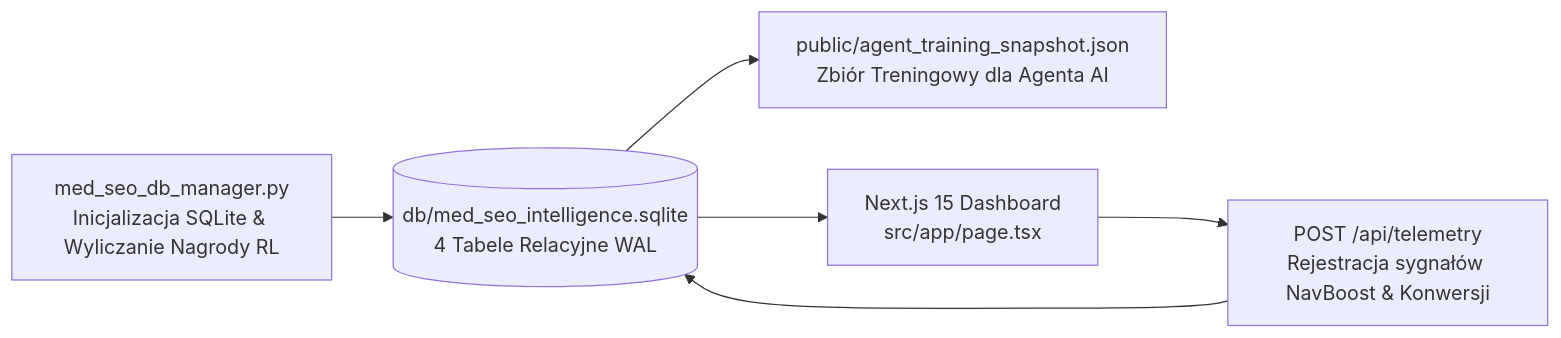
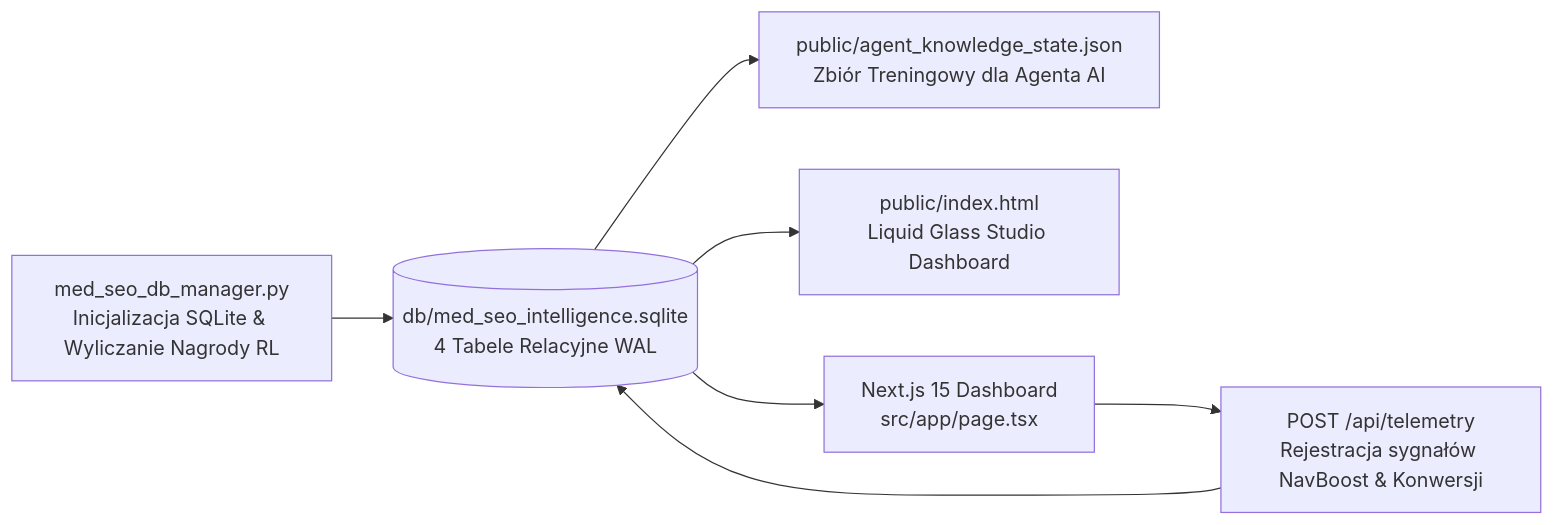
The diagram in README.md (teraj-stack/med_seo_nextjs_data_engine), drawn with Mermaid before and after one commit. The commit also changed other lines of this file, not shown here.

Commit message:
docs(readme): add table of contents and align public directory tree

````diff
--- a/README.md
+++ b/README.md
@@ -14,8 +24,9 @@
 ```mermaid
 flowchart LR
     Seed["med_seo_db_manager.py\nInicjalizacja SQLite & Wyliczanie Nagrody RL"] --> DB[("db/med_seo_intelligence.sqlite\n4 Tabele Relacyjne WAL")]
-    DB --> Snapshot["public/agent_training_snapshot.json\nZbiór Treningowy dla Agenta AI"]
+    DB --> Snapshot["public/agent_knowledge_state.json\nZbiór Treningowy dla Agenta AI"]
+    DB --> Studio["public/index.html\nLiquid Glass Studio Dashboard"]
     DB --> NextApp["Next.js 15 Dashboard\nsrc/app/page.tsx"]
     NextApp --> TelemetryAPI["POST /api/telemetry\nRejestracja sygnałów NavBoost & Konwersji"]
     TelemetryAPI --> DB
 ```
````
